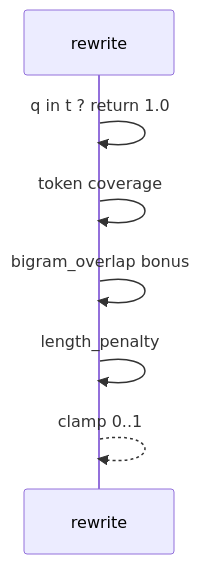
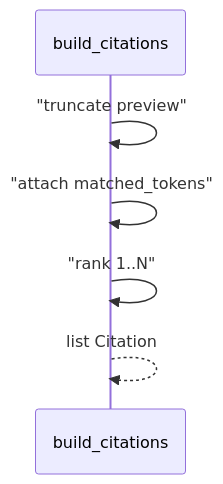
Before and after one commit to ab6539763/70_days_course_plus: the second of 2 diagrams in course/day34/04_流程图与示意图.md, drawn with Mermaid. The commit also changed other lines of this file and 128 other files, not shown here.

First line of the commit message:
fix(course): repair day31-37 diagrams, titles, and missing content

````diff
--- a/course/day34/04_流程图与示意图.md
+++ b/course/day34/04_流程图与示意图.md
@@ -25,9 +21,8 @@
 ```mermaid
 sequenceDiagram
-    participant S as rewrite
-    S->>S: q in t ? return 1.0
-    S->>S: token coverage
-    S->>S: bigram_overlap bonus
-    S->>S: length_penalty
-    S-->>S: clamp 0..1
+    participant B as build_citations
+    B->>B: "truncate preview"
+    B->>B: "attach matched_tokens"
+    B->>B: "rank 1..N"
+    B-->>B: list Citation
 ```
````
